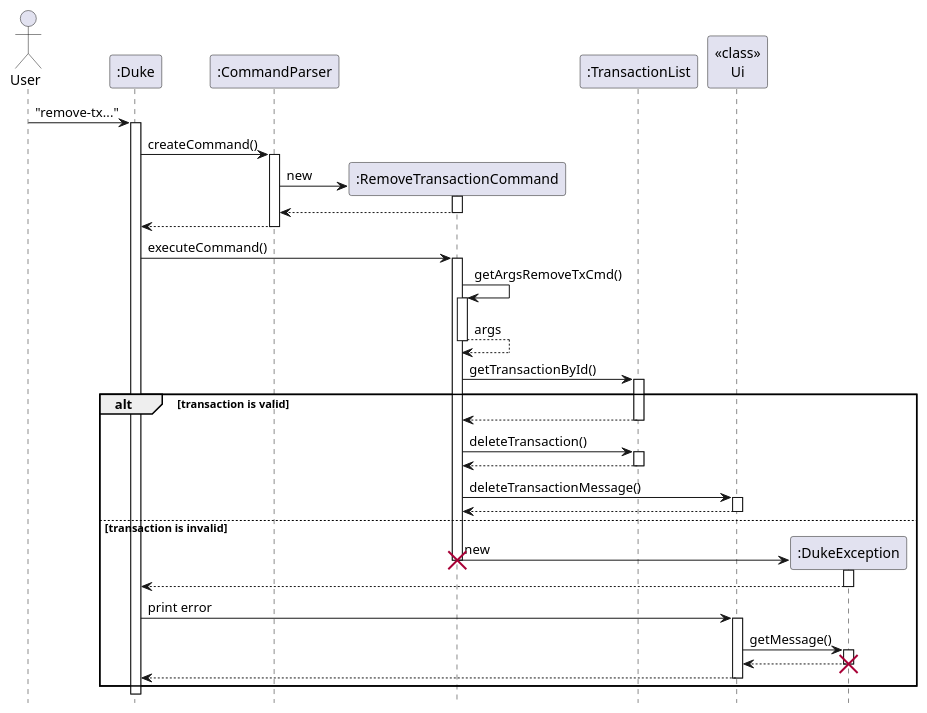
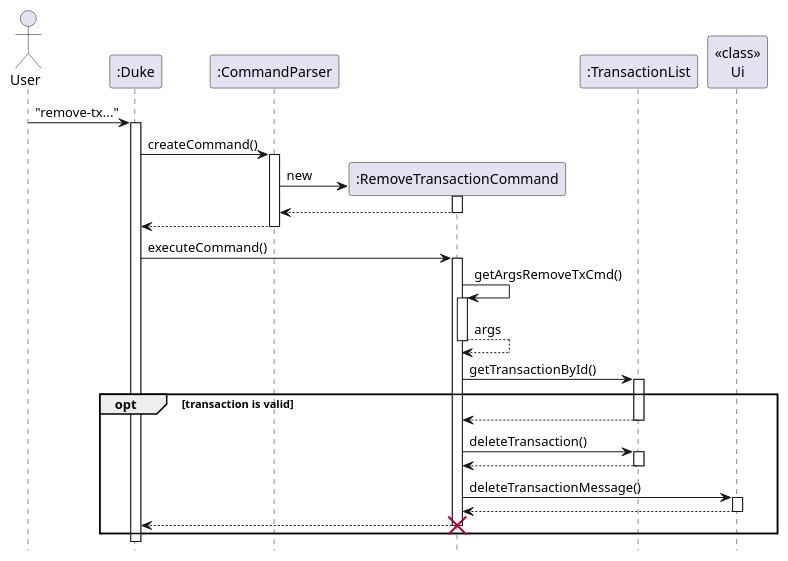
The diagram in docs/diagrams/transaction/RemoveTransactionSequence.puml (nus-cs2113-AY2223S1/tp), drawn with PlantUML before and after one commit. The commit also changed 16 other files, not shown here.

Commit message:
Simplify Sequence diagram and fix class diagram

```diff
--- a/docs/diagrams/transaction/RemoveTransactionSequence.puml
+++ b/docs/diagrams/transaction/RemoveTransactionSequence.puml
@@ -1,50 +1,37 @@
 @startuml
 hide footbox
 
 Actor User
 "User" -> ":Duke": "remove-tx..."
 activate ":Duke"
 ":Duke" -> ":CommandParser": createCommand()
 activate ":CommandParser"
 ":CommandParser" -> ":RemoveTransactionCommand"**: new
 activate ":RemoveTransactionCommand"
 return
 ":CommandParser" --> ":Duke":
 deactivate
 
 ":Duke" -> ":RemoveTransactionCommand" : executeCommand()
 activate ":RemoveTransactionCommand"
 ":RemoveTransactionCommand" -> ":RemoveTransactionCommand": getArgsRemoveTxCmd()
 activate ":RemoveTransactionCommand"
 return args
     ":RemoveTransactionCommand" -> ":TransactionList": getTransactionById()
     activate ":TransactionList"
-alt transaction is valid
+opt transaction is valid
     ":TransactionList" --> ":RemoveTransactionCommand"
     deactivate ":TransactionList"
     ":RemoveTransactionCommand" -> ":TransactionList": deleteTransaction()
     activate ":TransactionList"
     return
     ":RemoveTransactionCommand" -> "<<class>>\nUi": deleteTransactionMessage()
     activate "<<class>>\nUi"
     return
     deactivate "<<class>>\nUi"
     deactivate ":TransactionList"
-else transaction is invalid
-    ":RemoveTransactionCommand" -> ":DukeException"** : new
-    destroy ":RemoveTransactionCommand"
-    activate ":DukeException"
-    ":DukeException" --> ":Duke"
-    deactivate ":DukeException"
-    ":Duke" -> "<<class>>\nUi" : print error
-    activate "<<class>>\nUi"
-    "<<class>>\nUi" -> ":DukeException": getMessage()
-    activate ":DukeException"
-    return
-    destroy ":DukeException"
-    "<<class>>\nUi" --> ":Duke"
-    deactivate "<<class>>\nUi"
+":RemoveTransactionCommand" --> ":Duke"
+destroy ":RemoveTransactionCommand"
 end
-deactivate ":RemoveTransactionCommand"
 
 @enduml
```
